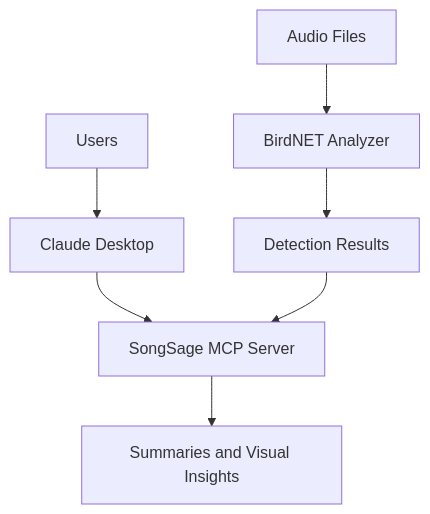
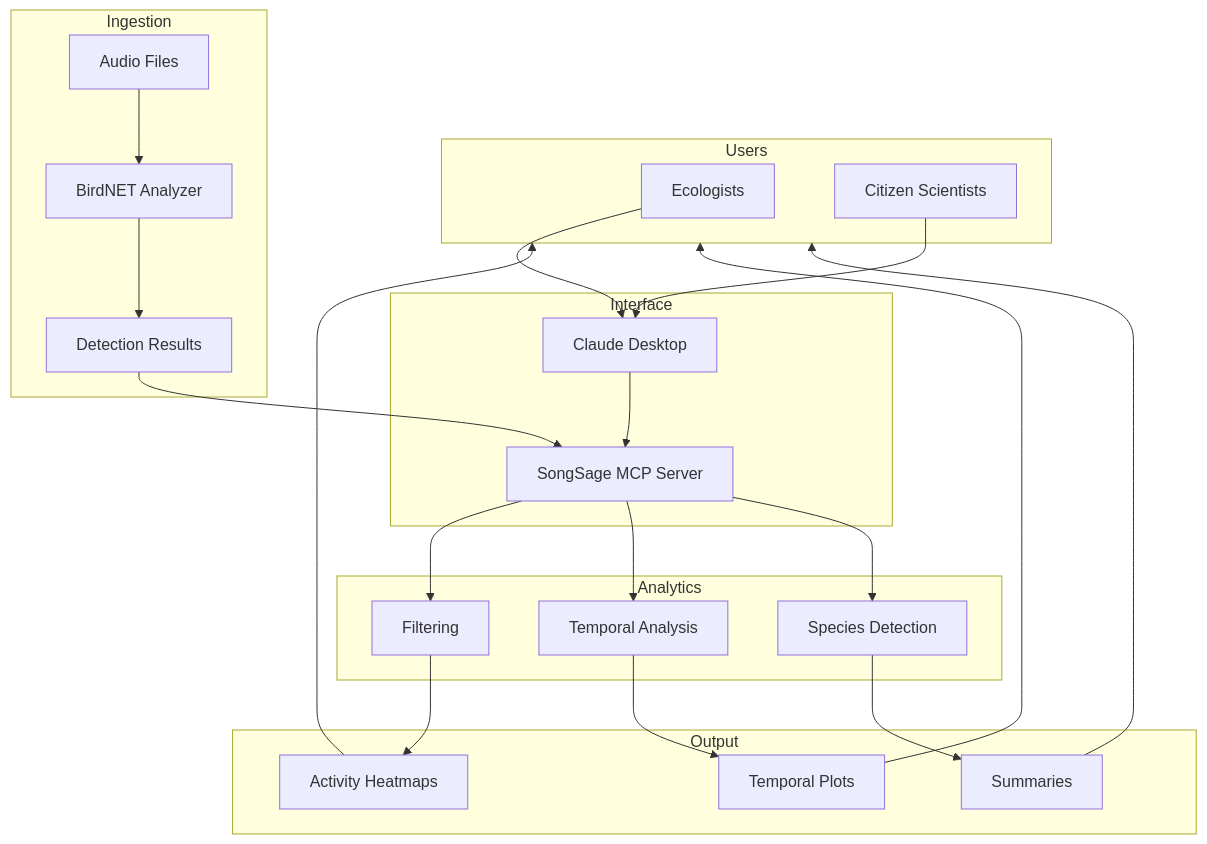
Before and after one commit to Imageomics/SongSage: the diagram in README.md, drawn with Mermaid. The commit also changed other lines of this file, not shown here.

````diff
--- a/README.md
+++ b/README.md
@@ -27,17 +25,46 @@
 ```mermaid
 flowchart TB
-    U[Users]
-    CD[Claude Desktop]
-    MCP[SongSage MCP Server]
-    AF[Audio Files]
-    BN[BirdNET Analyzer]
-    DR[Detection Results]
-    OUT[Summaries and Visual Insights]
-    
-    U --> CD
+    subgraph Users
+        ECO[Ecologists]
+        CIT[Citizen Scientists]
+    end
+
+    subgraph Interface
+        CD[Claude Desktop]
+        MCP[SongSage MCP Server]
+    end
+
+    subgraph Ingestion
+        AF[Audio Files]
+        BN[BirdNET Analyzer]
+        DR[Detection Results]
+    end
+
+    subgraph Analytics
+        FILT[Filtering]
+        TEMP[Temporal Analysis]
+        SPE[Species Detection]
+    end
+
+    subgraph Output
+        HEAT[Activity Heatmaps]
+        PLOTS[Temporal Plots]
+        SUM[Summaries]
+    end
+
+    ECO --> CD
+    CIT --> CD
     CD --> MCP
     AF --> BN
     BN --> DR
     DR --> MCP
-    MCP --> OUT
+    MCP --> FILT
+    MCP --> TEMP
+    MCP --> SPE
+    FILT --> HEAT
+    TEMP --> PLOTS
+    SPE --> SUM
+    HEAT --> Users
+    PLOTS --> Users
+    SUM --> Users
 ```
````
